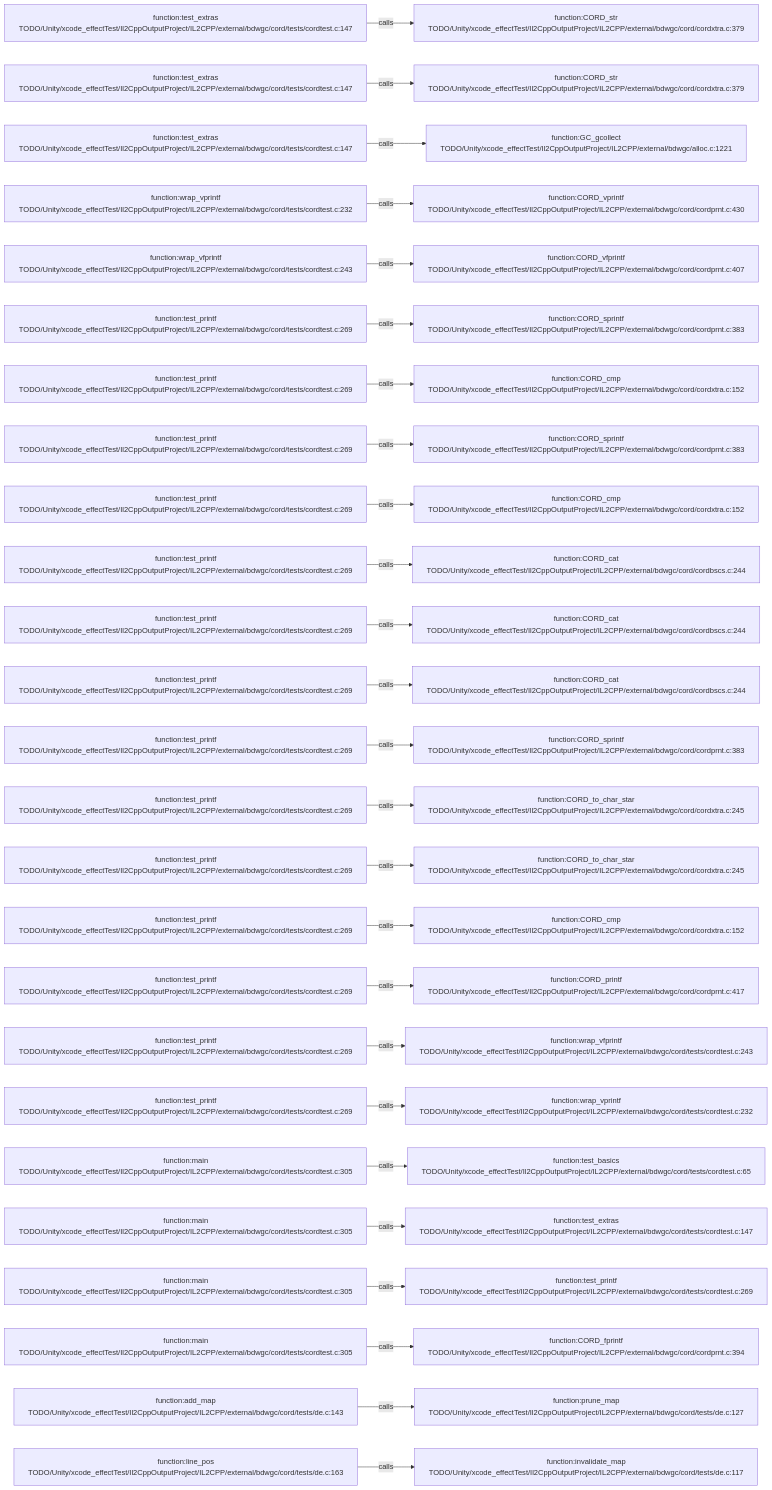
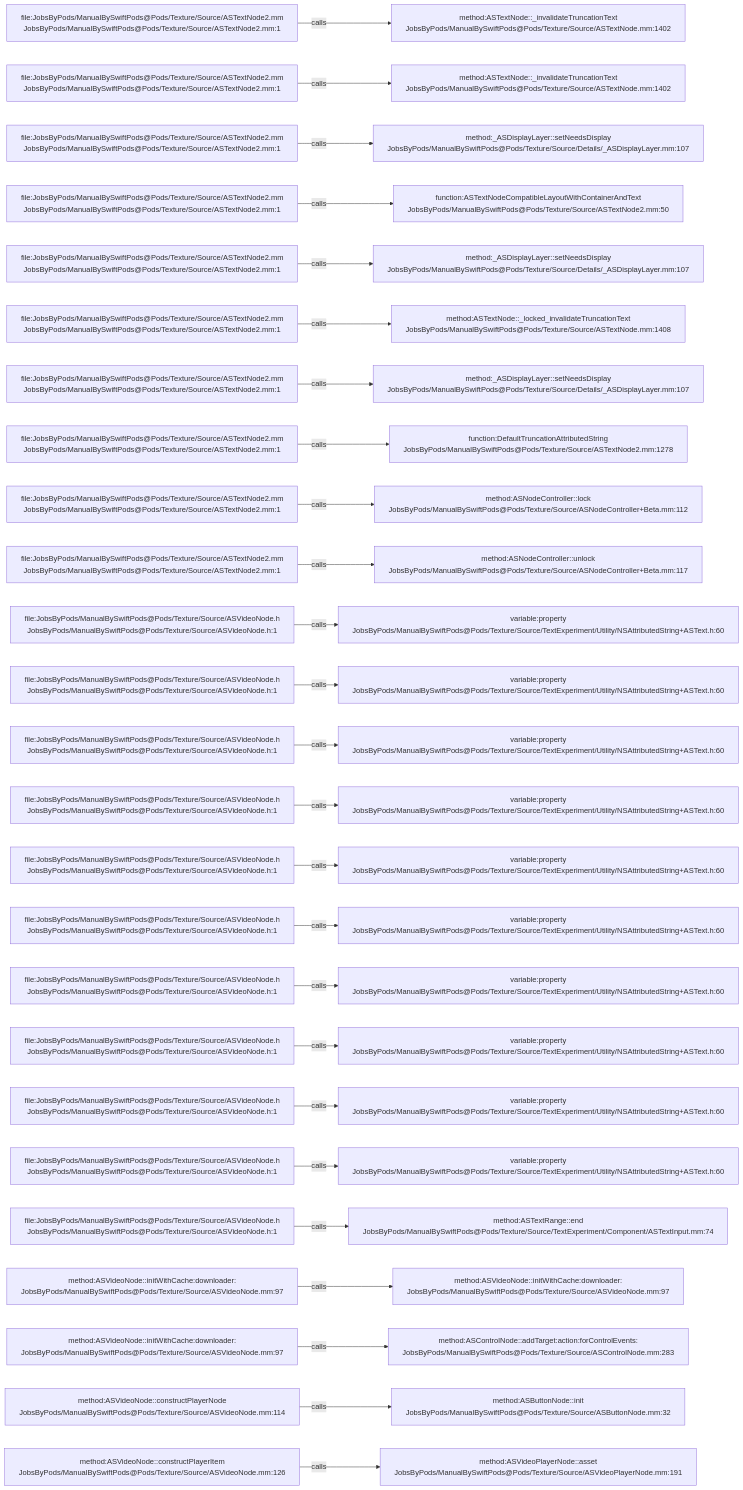
Before and after one commit to JobsKits/JobsSwiftBaseConfigDemo: the diagram in .codegraph/codegraph.md/graphs/calls-092.md, drawn with Mermaid. The commit also changed 2959 other files, not shown here.

````diff
--- a/.codegraph/codegraph.md/graphs/calls-092.md
+++ b/.codegraph/codegraph.md/graphs/calls-092.md
@@ -13,78 +13,78 @@
 ```mermaid
 flowchart LR
-  S1["function:test_extras<br/>TODO/Unity/xcode_effectTest/Il2CppOutputProject/IL2CPP/external/bdwgc/cord/tests/cordtest.c:147"]
-  T1["function:CORD_str<br/>TODO/Unity/xcode_effectTest/Il2CppOutputProject/IL2CPP/external/bdwgc/cord/cordxtra.c:379"]
+  S1["file:JobsByPods/ManualBySwiftPods@Pods/Texture/Source/ASTextNode2.mm<br/>JobsByPods/ManualBySwiftPods@Pods/Texture/Source/ASTextNode2.mm:1"]
+  T1["method:ASTextNode::_invalidateTruncationText<br/>JobsByPods/ManualBySwiftPods@Pods/Texture/Source/ASTextNode.mm:1402"]
   S1 -->|calls| T1
-  S2["function:test_extras<br/>TODO/Unity/xcode_effectTest/Il2CppOutputProject/IL2CPP/external/bdwgc/cord/tests/cordtest.c:147"]
-  T2["function:CORD_str<br/>TODO/Unity/xcode_effectTest/Il2CppOutputProject/IL2CPP/external/bdwgc/cord/cordxtra.c:379"]
+  S2["file:JobsByPods/ManualBySwiftPods@Pods/Texture/Source/ASTextNode2.mm<br/>JobsByPods/ManualBySwiftPods@Pods/Texture/Source/ASTextNode2.mm:1"]
+  T2["method:ASTextNode::_invalidateTruncationText<br/>JobsByPods/ManualBySwiftPods@Pods/Texture/Source/ASTextNode.mm:1402"]
   S2 -->|calls| T2
-  S3["function:test_extras<br/>TODO/Unity/xcode_effectTest/Il2CppOutputProject/IL2CPP/external/bdwgc/cord/tests/cordtest.c:147"]
-  T3["function:GC_gcollect<br/>TODO/Unity/xcode_effectTest/Il2CppOutputProject/IL2CPP/external/bdwgc/alloc.c:1221"]
+  S3["file:JobsByPods/ManualBySwiftPods@Pods/Texture/Source/ASTextNode2.mm<br/>JobsByPods/ManualBySwiftPods@Pods/Texture/Source/ASTextNode2.mm:1"]
+  T3["method:_ASDisplayLayer::setNeedsDisplay<br/>JobsByPods/ManualBySwiftPods@Pods/Texture/Source/Details/_ASDisplayLayer.mm:107"]
   S3 -->|calls| T3
-  S4["function:wrap_vprintf<br/>TODO/Unity/xcode_effectTest/Il2CppOutputProject/IL2CPP/external/bdwgc/cord/tests/cordtest.c:232"]
-  T4["function:CORD_vprintf<br/>TODO/Unity/xcode_effectTest/Il2CppOutputProject/IL2CPP/external/bdwgc/cord/cordprnt.c:430"]
+  S4["file:JobsByPods/ManualBySwiftPods@Pods/Texture/Source/ASTextNode2.mm<br/>JobsByPods/ManualBySwiftPods@Pods/Texture/Source/ASTextNode2.mm:1"]
+  T4["function:ASTextNodeCompatibleLayoutWithContainerAndText<br/>JobsByPods/ManualBySwiftPods@Pods/Texture/Source/ASTextNode2.mm:50"]
   S4 -->|calls| T4
-  S5["function:wrap_vfprintf<br/>TODO/Unity/xcode_effectTest/Il2CppOutputProject/IL2CPP/external/bdwgc/cord/tests/cordtest.c:243"]
-  T5["function:CORD_vfprintf<br/>TODO/Unity/xcode_effectTest/Il2CppOutputProject/IL2CPP/external/bdwgc/cord/cordprnt.c:407"]
+  S5["file:JobsByPods/ManualBySwiftPods@Pods/Texture/Source/ASTextNode2.mm<br/>JobsByPods/ManualBySwiftPods@Pods/Texture/Source/ASTextNode2.mm:1"]
+  T5["method:_ASDisplayLayer::setNeedsDisplay<br/>JobsByPods/ManualBySwiftPods@Pods/Texture/Source/Details/_ASDisplayLayer.mm:107"]
   S5 -->|calls| T5
-  S6["function:test_printf<br/>TODO/Unity/xcode_effectTest/Il2CppOutputProject/IL2CPP/external/bdwgc/cord/tests/cordtest.c:269"]
-  T6["function:CORD_sprintf<br/>TODO/Unity/xcode_effectTest/Il2CppOutputProject/IL2CPP/external/bdwgc/cord/cordprnt.c:383"]
+  S6["file:JobsByPods/ManualBySwiftPods@Pods/Texture/Source/ASTextNode2.mm<br/>JobsByPods/ManualBySwiftPods@Pods/Texture/Source/ASTextNode2.mm:1"]
+  T6["method:ASTextNode::_locked_invalidateTruncationText<br/>JobsByPods/ManualBySwiftPods@Pods/Texture/Source/ASTextNode.mm:1408"]
   S6 -->|calls| T6
-  S7["function:test_printf<br/>TODO/Unity/xcode_effectTest/Il2CppOutputProject/IL2CPP/external/bdwgc/cord/tests/cordtest.c:269"]
-  T7["function:CORD_cmp<br/>TODO/Unity/xcode_effectTest/Il2CppOutputProject/IL2CPP/external/bdwgc/cord/cordxtra.c:152"]
+  S7["file:JobsByPods/ManualBySwiftPods@Pods/Texture/Source/ASTextNode2.mm<br/>JobsByPods/ManualBySwiftPods@Pods/Texture/Source/ASTextNode2.mm:1"]
+  T7["method:_ASDisplayLayer::setNeedsDisplay<br/>JobsByPods/ManualBySwiftPods@Pods/Texture/Source/Details/_ASDisplayLayer.mm:107"]
   S7 -->|calls| T7
-  S8["function:test_printf<br/>TODO/Unity/xcode_effectTest/Il2CppOutputProject/IL2CPP/external/bdwgc/cord/tests/cordtest.c:269"]
-  T8["function:CORD_sprintf<br/>TODO/Unity/xcode_effectTest/Il2CppOutputProject/IL2CPP/external/bdwgc/cord/cordprnt.c:383"]
+  S8["file:JobsByPods/ManualBySwiftPods@Pods/Texture/Source/ASTextNode2.mm<br/>JobsByPods/ManualBySwiftPods@Pods/Texture/Source/ASTextNode2.mm:1"]
+  T8["function:DefaultTruncationAttributedString<br/>JobsByPods/ManualBySwiftPods@Pods/Texture/Source/ASTextNode2.mm:1278"]
   S8 -->|calls| T8
-  S9["function:test_printf<br/>TODO/Unity/xcode_effectTest/Il2CppOutputProject/IL2CPP/external/bdwgc/cord/tests/cordtest.c:269"]
-  T9["function:CORD_cmp<br/>TODO/Unity/xcode_effectTest/Il2CppOutputProject/IL2CPP/external/bdwgc/cord/cordxtra.c:152"]
+  S9["file:JobsByPods/ManualBySwiftPods@Pods/Texture/Source/ASTextNode2.mm<br/>JobsByPods/ManualBySwiftPods@Pods/Texture/Source/ASTextNode2.mm:1"]
+  T9["method:ASNodeController::lock<br/>JobsByPods/ManualBySwiftPods@Pods/Texture/Source/ASNodeController+Beta.mm:112"]
   S9 -->|calls| T9
-  S10["function:test_printf<br/>TODO/Unity/xcode_effectTest/Il2CppOutputProject/IL2CPP/external/bdwgc/cord/tests/cordtest.c:269"]
-  T10["function:CORD_cat<br/>TODO/Unity/xcode_effectTest/Il2CppOutputProject/IL2CPP/external/bdwgc/cord/cordbscs.c:244"]
+  S10["file:JobsByPods/ManualBySwiftPods@Pods/Texture/Source/ASTextNode2.mm<br/>JobsByPods/ManualBySwiftPods@Pods/Texture/Source/ASTextNode2.mm:1"]
+  T10["method:ASNodeController::unlock<br/>JobsByPods/ManualBySwiftPods@Pods/Texture/Source/ASNodeController+Beta.mm:117"]
   S10 -->|calls| T10
-  S11["function:test_printf<br/>TODO/Unity/xcode_effectTest/Il2CppOutputProject/IL2CPP/external/bdwgc/cord/tests/cordtest.c:269"]
-  T11["function:CORD_cat<br/>TODO/Unity/xcode_effectTest/Il2CppOutputProject/IL2CPP/external/bdwgc/cord/cordbscs.c:244"]
+  S11["file:JobsByPods/ManualBySwiftPods@Pods/Texture/Source/ASVideoNode.h<br/>JobsByPods/ManualBySwiftPods@Pods/Texture/Source/ASVideoNode.h:1"]
+  T11["variable:property<br/>JobsByPods/ManualBySwiftPods@Pods/Texture/Source/TextExperiment/Utility/NSAttributedString+ASText.h:60"]
   S11 -->|calls| T11
-  S12["function:test_printf<br/>TODO/Unity/xcode_effectTest/Il2CppOutputProject/IL2CPP/external/bdwgc/cord/tests/cordtest.c:269"]
-  T12["function:CORD_cat<br/>TODO/Unity/xcode_effectTest/Il2CppOutputProject/IL2CPP/external/bdwgc/cord/cordbscs.c:244"]
+  S12["file:JobsByPods/ManualBySwiftPods@Pods/Texture/Source/ASVideoNode.h<br/>JobsByPods/ManualBySwiftPods@Pods/Texture/Source/ASVideoNode.h:1"]
+  T12["variable:property<br/>JobsByPods/ManualBySwiftPods@Pods/Texture/Source/TextExperiment/Utility/NSAttributedString+ASText.h:60"]
   S12 -->|calls| T12
-  S13["function:test_printf<br/>TODO/Unity/xcode_effectTest/Il2CppOutputProject/IL2CPP/external/bdwgc/cord/tests/cordtest.c:269"]
-  T13["function:CORD_sprintf<br/>TODO/Unity/xcode_effectTest/Il2CppOutputProject/IL2CPP/external/bdwgc/cord/cordprnt.c:383"]
+  S13["file:JobsByPods/ManualBySwiftPods@Pods/Texture/Source/ASVideoNode.h<br/>JobsByPods/ManualBySwiftPods@Pods/Texture/Source/ASVideoNode.h:1"]
+  T13["variable:property<br/>JobsByPods/ManualBySwiftPods@Pods/Texture/Source/TextExperiment/Utility/NSAttributedString+ASText.h:60"]
   S13 -->|calls| T13
-  S14["function:test_printf<br/>TODO/Unity/xcode_effectTest/Il2CppOutputProject/IL2CPP/external/bdwgc/cord/tests/cordtest.c:269"]
-  T14["function:CORD_to_char_star<br/>TODO/Unity/xcode_effectTest/Il2CppOutputProject/IL2CPP/external/bdwgc/cord/cordxtra.c:245"]
+  S14["file:JobsByPods/ManualBySwiftPods@Pods/Texture/Source/ASVideoNode.h<br/>JobsByPods/ManualBySwiftPods@Pods/Texture/Source/ASVideoNode.h:1"]
+  T14["variable:property<br/>JobsByPods/ManualBySwiftPods@Pods/Texture/Source/TextExperiment/Utility/NSAttributedString+ASText.h:60"]
   S14 -->|calls| T14
-  S15["function:test_printf<br/>TODO/Unity/xcode_effectTest/Il2CppOutputProject/IL2CPP/external/bdwgc/cord/tests/cordtest.c:269"]
-  T15["function:CORD_to_char_star<br/>TODO/Unity/xcode_effectTest/Il2CppOutputProject/IL2CPP/external/bdwgc/cord/cordxtra.c:245"]
+  S15["file:JobsByPods/ManualBySwiftPods@Pods/Texture/Source/ASVideoNode.h<br/>JobsByPods/ManualBySwiftPods@Pods/Texture/Source/ASVideoNode.h:1"]
+  T15["variable:property<br/>JobsByPods/ManualBySwiftPods@Pods/Texture/Source/TextExperiment/Utility/NSAttributedString+ASText.h:60"]
   S15 -->|calls| T15
-  S16["function:test_printf<br/>TODO/Unity/xcode_effectTest/Il2CppOutputProject/IL2CPP/external/bdwgc/cord/tests/cordtest.c:269"]
-  T16["function:CORD_cmp<br/>TODO/Unity/xcode_effectTest/Il2CppOutputProject/IL2CPP/external/bdwgc/cord/cordxtra.c:152"]
+  S16["file:JobsByPods/ManualBySwiftPods@Pods/Texture/Source/ASVideoNode.h<br/>JobsByPods/ManualBySwiftPods@Pods/Texture/Source/ASVideoNode.h:1"]
+  T16["variable:property<br/>JobsByPods/ManualBySwiftPods@Pods/Texture/Source/TextExperiment/Utility/NSAttributedString+ASText.h:60"]
   S16 -->|calls| T16
-  S17["function:test_printf<br/>TODO/Unity/xcode_effectTest/Il2CppOutputProject/IL2CPP/external/bdwgc/cord/tests/cordtest.c:269"]
-  T17["function:CORD_printf<br/>TODO/Unity/xcode_effectTest/Il2CppOutputProject/IL2CPP/external/bdwgc/cord/cordprnt.c:417"]
+  S17["file:JobsByPods/ManualBySwiftPods@Pods/Texture/Source/ASVideoNode.h<br/>JobsByPods/ManualBySwiftPods@Pods/Texture/Source/ASVideoNode.h:1"]
+  T17["variable:property<br/>JobsByPods/ManualBySwiftPods@Pods/Texture/Source/TextExperiment/Utility/NSAttributedString+ASText.h:60"]
   S17 -->|calls| T17
-  S18["function:test_printf<br/>TODO/Unity/xcode_effectTest/Il2CppOutputProject/IL2CPP/external/bdwgc/cord/tests/cordtest.c:269"]
-  T18["function:wrap_vfprintf<br/>TODO/Unity/xcode_effectTest/Il2CppOutputProject/IL2CPP/external/bdwgc/cord/tests/cordtest.c:243"]
+  S18["file:JobsByPods/ManualBySwiftPods@Pods/Texture/Source/ASVideoNode.h<br/>JobsByPods/ManualBySwiftPods@Pods/Texture/Source/ASVideoNode.h:1"]
+  T18["variable:property<br/>JobsByPods/ManualBySwiftPods@Pods/Texture/Source/TextExperiment/Utility/NSAttributedString+ASText.h:60"]
   S18 -->|calls| T18
-  S19["function:test_printf<br/>TODO/Unity/xcode_effectTest/Il2CppOutputProject/IL2CPP/external/bdwgc/cord/tests/cordtest.c:269"]
-  T19["function:wrap_vprintf<br/>TODO/Unity/xcode_effectTest/Il2CppOutputProject/IL2CPP/external/bdwgc/cord/tests/cordtest.c:232"]
+  S19["file:JobsByPods/ManualBySwiftPods@Pods/Texture/Source/ASVideoNode.h<br/>JobsByPods/ManualBySwiftPods@Pods/Texture/Source/ASVideoNode.h:1"]
+  T19["variable:property<br/>JobsByPods/ManualBySwiftPods@Pods/Texture/Source/TextExperiment/Utility/NSAttributedString+ASText.h:60"]
   S19 -->|calls| T19
-  S20["function:main<br/>TODO/Unity/xcode_effectTest/Il2CppOutputProject/IL2CPP/external/bdwgc/cord/tests/cordtest.c:305"]
-  T20["function:test_basics<br/>TODO/Unity/xcode_effectTest/Il2CppOutputProject/IL2CPP/external/bdwgc/cord/tests/cordtest.c:65"]
+  S20["file:JobsByPods/ManualBySwiftPods@Pods/Texture/Source/ASVideoNode.h<br/>JobsByPods/ManualBySwiftPods@Pods/Texture/Source/ASVideoNode.h:1"]
+  T20["variable:property<br/>JobsByPods/ManualBySwiftPods@Pods/Texture/Source/TextExperiment/Utility/NSAttributedString+ASText.h:60"]
   S20 -->|calls| T20
-  S21["function:main<br/>TODO/Unity/xcode_effectTest/Il2CppOutputProject/IL2CPP/external/bdwgc/cord/tests/cordtest.c:305"]
-  T21["function:test_extras<br/>TODO/Unity/xcode_effectTest/Il2CppOutputProject/IL2CPP/external/bdwgc/cord/tests/cordtest.c:147"]
+  S21["file:JobsByPods/ManualBySwiftPods@Pods/Texture/Source/ASVideoNode.h<br/>JobsByPods/ManualBySwiftPods@Pods/Texture/Source/ASVideoNode.h:1"]
+  T21["method:ASTextRange::end<br/>JobsByPods/ManualBySwiftPods@Pods/Texture/Source/TextExperiment/Component/ASTextInput.mm:74"]
   S21 -->|calls| T21
-  S22["function:main<br/>TODO/Unity/xcode_effectTest/Il2CppOutputProject/IL2CPP/external/bdwgc/cord/tests/cordtest.c:305"]
-  T22["function:test_printf<br/>TODO/Unity/xcode_effectTest/Il2CppOutputProject/IL2CPP/external/bdwgc/cord/tests/cordtest.c:269"]
+  S22["method:ASVideoNode::initWithCache:downloader:<br/>JobsByPods/ManualBySwiftPods@Pods/Texture/Source/ASVideoNode.mm:97"]
+  T22["method:ASVideoNode::initWithCache:downloader:<br/>JobsByPods/ManualBySwiftPods@Pods/Texture/Source/ASVideoNode.mm:97"]
   S22 -->|calls| T22
-  S23["function:main<br/>TODO/Unity/xcode_effectTest/Il2CppOutputProject/IL2CPP/external/bdwgc/cord/tests/cordtest.c:305"]
-  T23["function:CORD_fprintf<br/>TODO/Unity/xcode_effectTest/Il2CppOutputProject/IL2CPP/external/bdwgc/cord/cordprnt.c:394"]
+  S23["method:ASVideoNode::initWithCache:downloader:<br/>JobsByPods/ManualBySwiftPods@Pods/Texture/Source/ASVideoNode.mm:97"]
+  T23["method:ASControlNode::addTarget:action:forControlEvents:<br/>JobsByPods/ManualBySwiftPods@Pods/Texture/Source/ASControlNode.mm:283"]
   S23 -->|calls| T23
-  S24["function:add_map<br/>TODO/Unity/xcode_effectTest/Il2CppOutputProject/IL2CPP/external/bdwgc/cord/tests/de.c:143"]
-  T24["function:prune_map<br/>TODO/Unity/xcode_effectTest/Il2CppOutputProject/IL2CPP/external/bdwgc/cord/tests/de.c:127"]
+  S24["method:ASVideoNode::constructPlayerNode<br/>JobsByPods/ManualBySwiftPods@Pods/Texture/Source/ASVideoNode.mm:114"]
+  T24["method:ASButtonNode::init<br/>JobsByPods/ManualBySwiftPods@Pods/Texture/Source/ASButtonNode.mm:32"]
   S24 -->|calls| T24
-  S25["function:line_pos<br/>TODO/Unity/xcode_effectTest/Il2CppOutputProject/IL2CPP/external/bdwgc/cord/tests/de.c:163"]
-  T25["function:invalidate_map<br/>TODO/Unity/xcode_effectTest/Il2CppOutputProject/IL2CPP/external/bdwgc/cord/tests/de.c:117"]
+  S25["method:ASVideoNode::constructPlayerItem<br/>JobsByPods/ManualBySwiftPods@Pods/Texture/Source/ASVideoNode.mm:126"]
+  T25["method:ASVideoPlayerNode::asset<br/>JobsByPods/ManualBySwiftPods@Pods/Texture/Source/ASVideoPlayerNode.mm:191"]
   S25 -->|calls| T25
 ```
````
